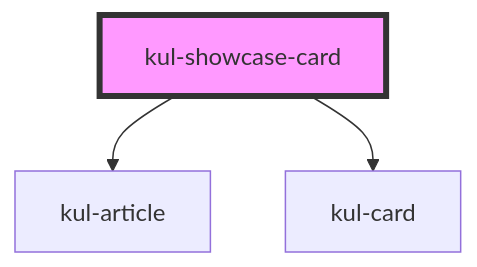
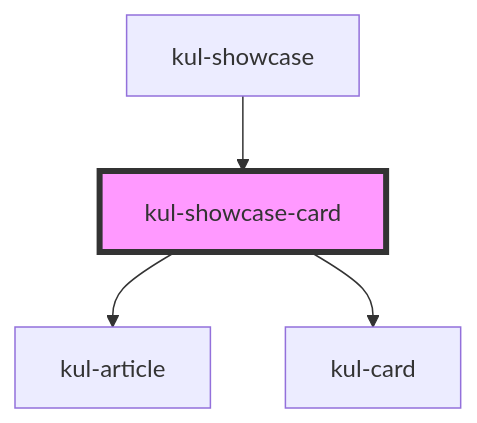
Before and after one commit to lucafoscili/ketchup-lite: the diagram in packages/ketchup-lite/src/components/kul-showcase/components/card/readme.md, drawn with Mermaid. The commit also changed other lines of this file and 45 other files, not shown here.

````diff
--- a/packages/ketchup-lite/src/components/kul-showcase/components/card/readme.md
+++ b/packages/ketchup-lite/src/components/kul-showcase/components/card/readme.md
@@ -23,6 +27,7 @@
 ```mermaid
 graph TD;
   kul-showcase-card --> kul-article
   kul-showcase-card --> kul-card
+  kul-showcase --> kul-showcase-card
   style kul-showcase-card fill:#f9f,stroke:#333,stroke-width:4px
 ```
````
